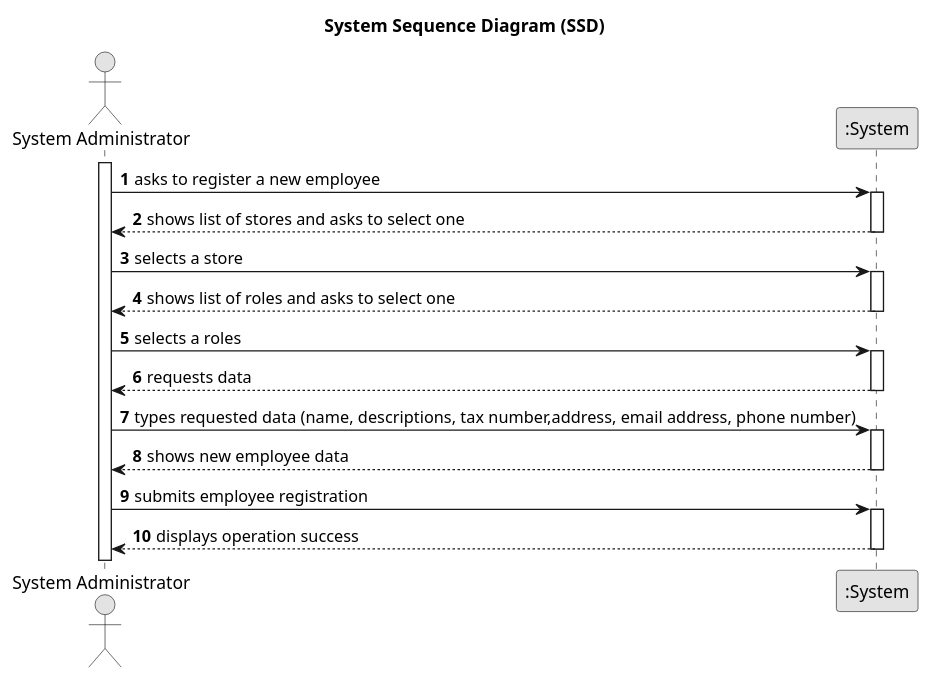
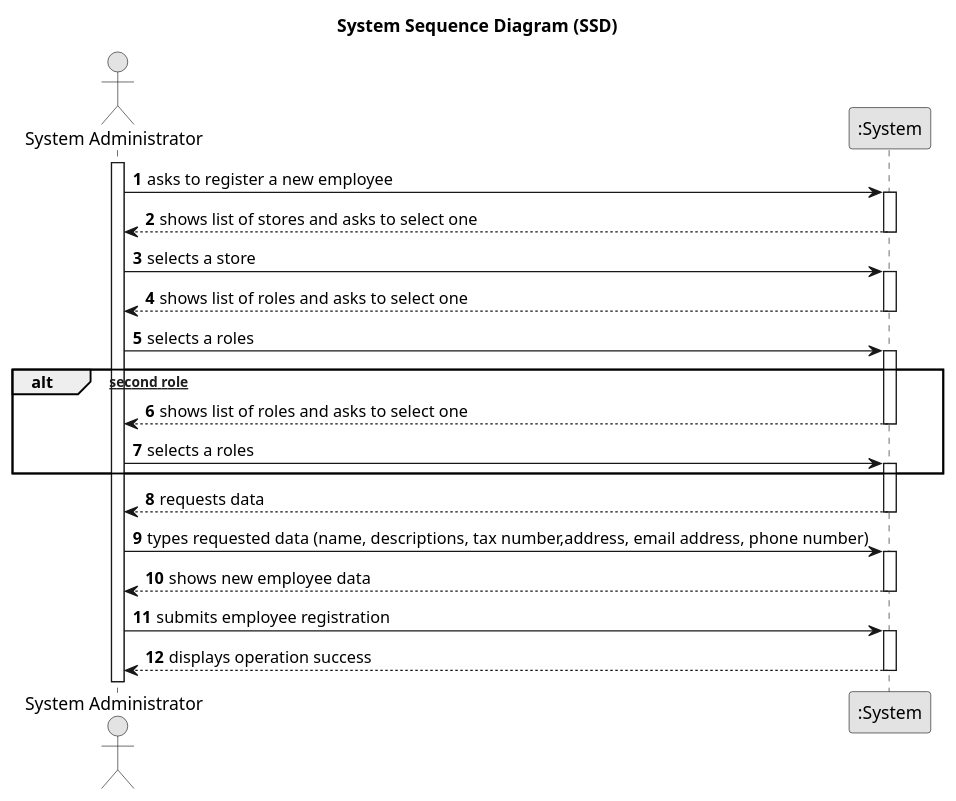
Before and after one commit to hugosilva2901/lei-22-s2-1DO-g68: the diagram in lei-22-s2-1do-g68/docs/sprintA/us003/01.requirements-engineering/puml/us003-Sequence-diagram-alternative-two.puml, drawn with PlantUML. The commit also changed 6 other files, not shown here.

```diff
--- a/lei-22-s2-1do-g68/docs/sprintA/us003/01.requirements-engineering/puml/us003-Sequence-diagram-alternative-two.puml
+++ b/lei-22-s2-1do-g68/docs/sprintA/us003/01.requirements-engineering/puml/us003-Sequence-diagram-alternative-two.puml
@@ -1,43 +1,51 @@
 @startuml
 skinparam monochrome true
 skinparam packageStyle rectangle
 skinparam shadowing false
 
 title System Sequence Diagram (SSD)
 
 autonumber
 actor "System Administrator" as Employee
 participant ":System" as System
 
 activate Employee
 
         Employee -> System : asks to register a new employee
     activate System
 
         System --> Employee : shows list of stores and asks to select one
     deactivate System
 
         Employee -> System : selects a store
     activate System
 
     System --> Employee : shows list of roles and asks to select one
+            deactivate System
+
+            Employee -> System : selects a roles
+        activate System
+
+ alt [Select second role]
+    System --> Employee : shows list of roles and asks to select one
         deactivate System
 
         Employee -> System : selects a roles
     activate System
+    end alt
 
         System --> Employee : requests data
     deactivate System
 
         Employee -> System : types requested data (name, descriptions, tax number,address, email address, phone number)
     activate System
 
         System --> Employee : shows new employee data
     deactivate System
 
         Employee -> System : submits employee registration
     activate System
 
         System --> Employee : displays operation success
     deactivate System
 @enduml
```
